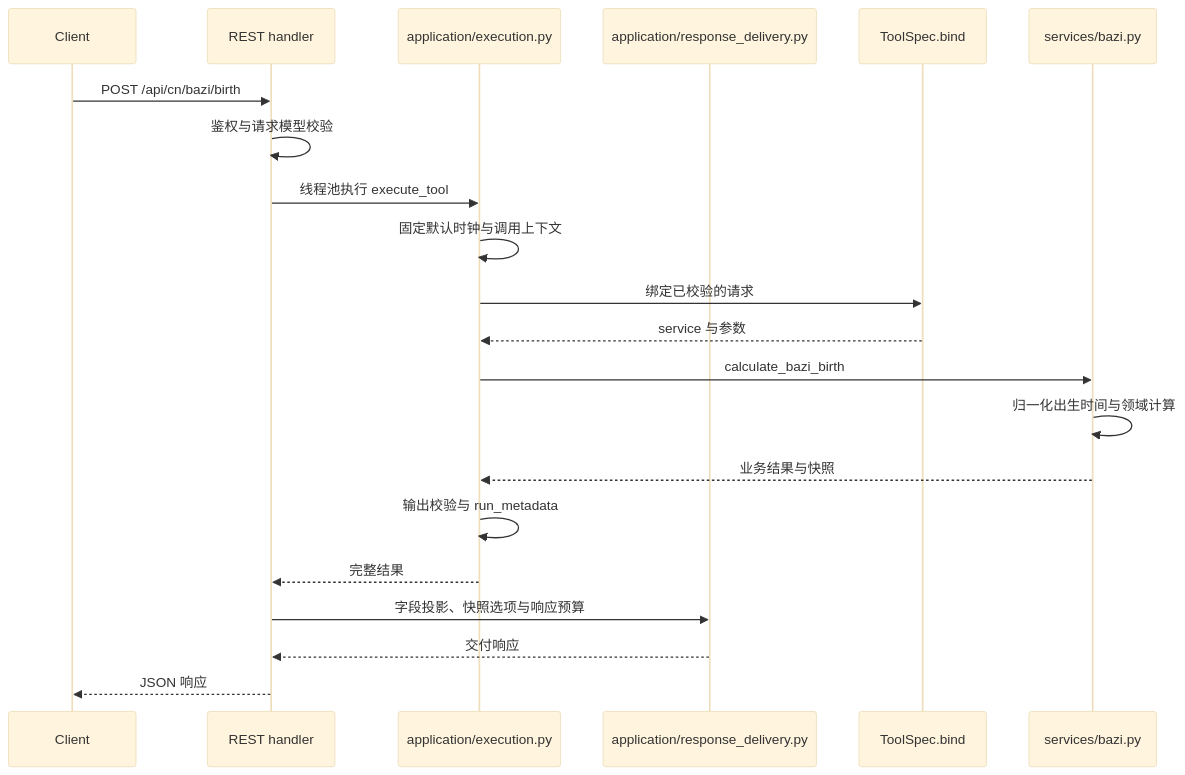
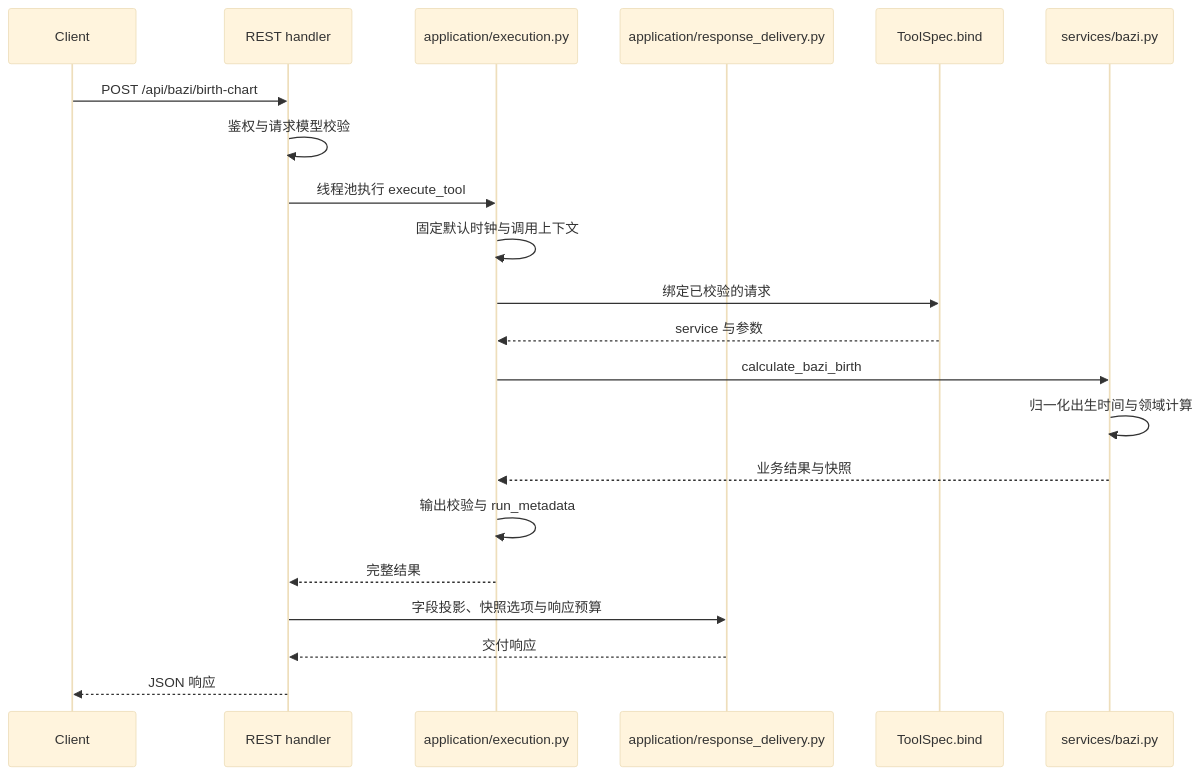
Before and after one commit to thomas-yanxin/FateBridge: the second of 2 diagrams in docs/architecture.md, drawn with Mermaid (base theme). The commit also changed other lines of this file and 4300 other files, not shown here.

````diff
--- a/docs/architecture.md
+++ b/docs/architecture.md
@@ -70,23 +72,23 @@
 ```mermaid
 sequenceDiagram
     participant C as Client
     participant R as REST handler
     participant E as application/execution.py
     participant D as application/response_delivery.py
     participant B as ToolSpec.bind
     participant S as services/bazi.py
-    C->>R: POST /api/cn/bazi/birth
+    C->>R: POST /api/bazi/birth-chart
     R->>R: 鉴权与请求模型校验
     R->>E: 线程池执行 execute_tool
     E->>E: 固定默认时钟与调用上下文
     E->>B: 绑定已校验的请求
     B-->>E: service 与参数
     E->>S: calculate_bazi_birth
     S->>S: 归一化出生时间与领域计算
     S-->>E: 业务结果与快照
     E->>E: 输出校验与 run_metadata
     E-->>R: 完整结果
     R->>D: 字段投影、快照选项与响应预算
     D-->>R: 交付响应
     R-->>C: JSON 响应
 ```
````
